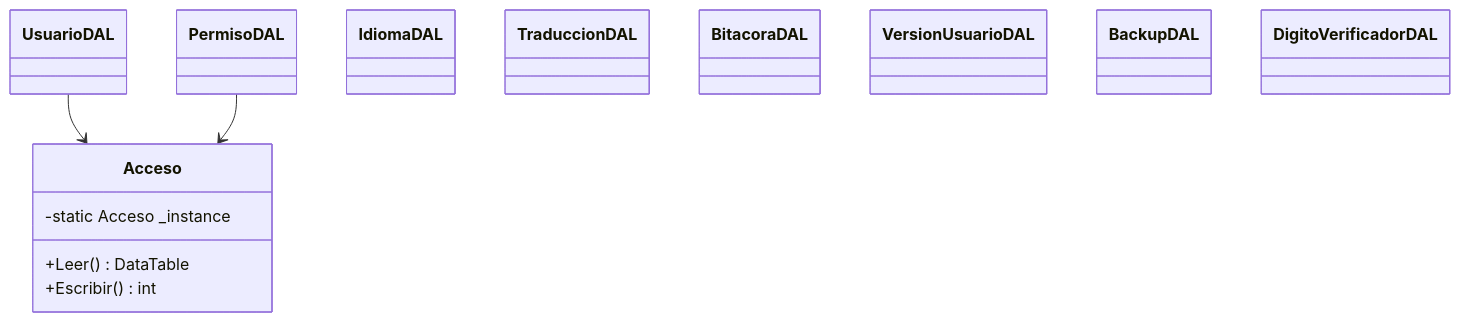
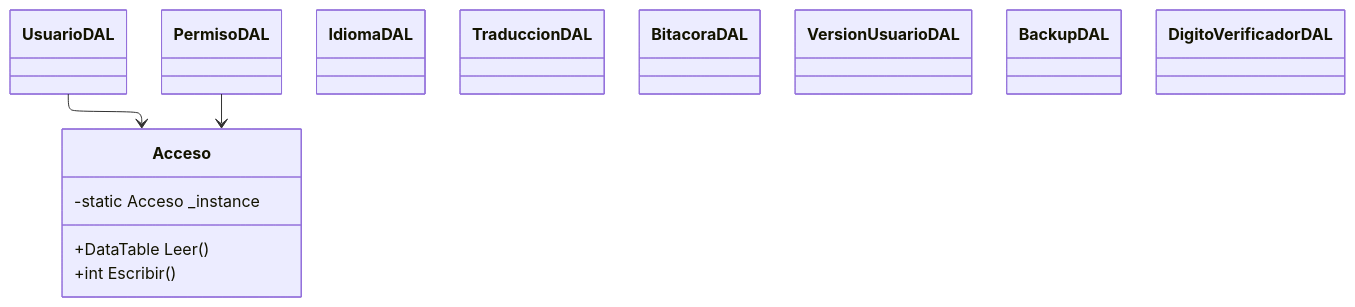
Diagram 22 of 25 in Documentacion/diagrams_code.md (LautiSmyth/Stach), drawn with Mermaid before and after one commit. The commit also changed other lines of this file, not shown here.

Commit message:
Doc: Format all Mermaid diagrams to match student ELK configuration layout and standard C# member type/name declarations

````diff
--- a/Documentacion/diagrams_code.md
+++ b/Documentacion/diagrams_code.md
@@ -571,18 +629,22 @@
 ```mermaid
+---
+config:
+  layout: elk
+---
 classDiagram
     class Acceso {
         -static Acceso _instance
-        +Leer() DataTable
-        +Escribir() int
+        +DataTable Leer()
+        +int Escribir()
     }
     class UsuarioDAL
     class PermisoDAL
     class IdiomaDAL
     class TraduccionDAL
     class BitacoraDAL
     class VersionUsuarioDAL
     class BackupDAL
     class DigitoVerificadorDAL
     UsuarioDAL --> Acceso
     PermisoDAL --> Acceso
 ```
````
